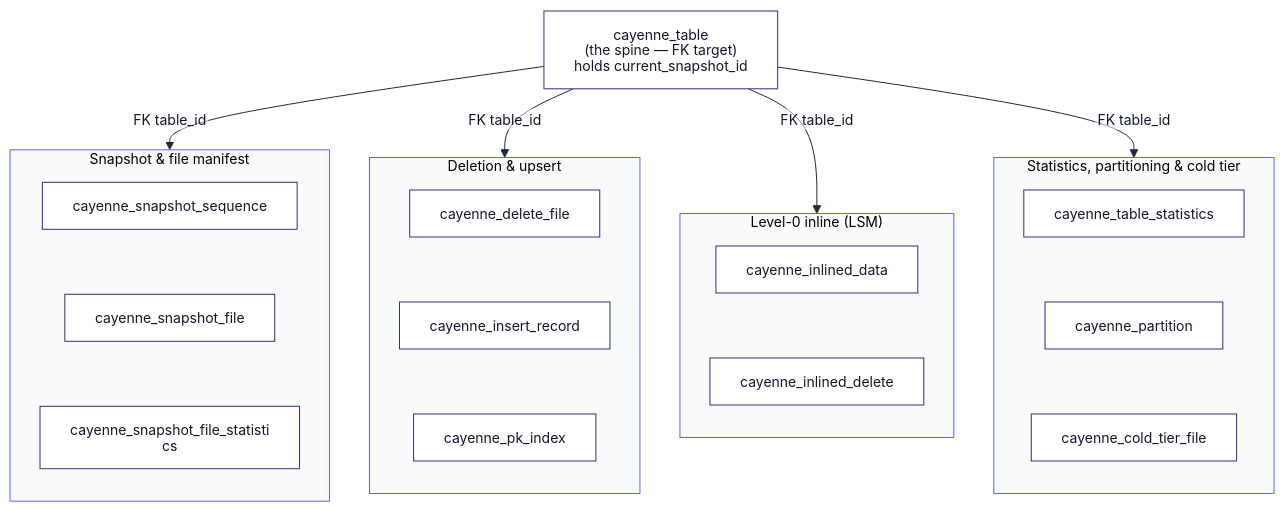
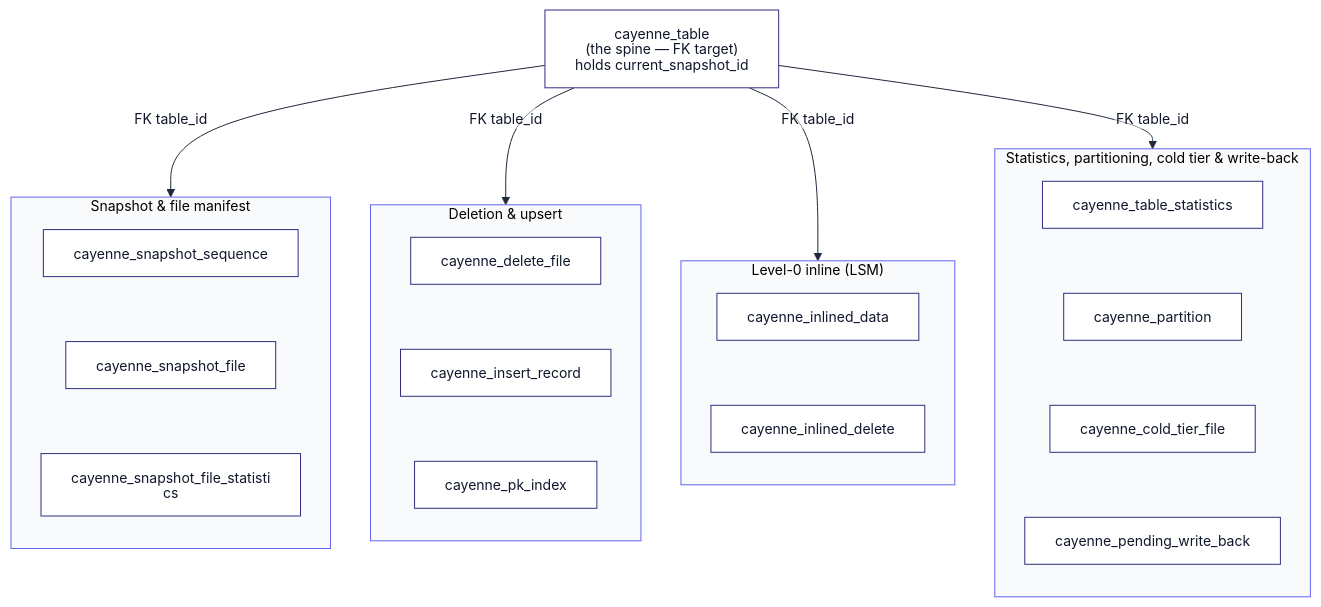
Before and after one commit to spiceai/spiceai: diagram 21 of 21 in docs/cayenne/cayenne.md, drawn with Mermaid. The commit also changed other lines of this file and 12 other files, not shown here.

First line of the commit message:
fix(cayenne): stamp on-conflict per-key OCC sequence + clippy/docs (Copilot review round 2)

````diff
--- a/docs/cayenne/cayenne.md
+++ b/docs/cayenne/cayenne.md
@@ -1135,36 +1153,37 @@
 ```mermaid
 %%{init: {"htmlLabels": false, "flowchart": {"htmlLabels": false, "curve": "basis", "nodeSpacing": 40, "rankSpacing": 40}, "securityLevel": "loose", "theme": "base", "themeVariables": {"fontFamily": "Helvetica, Arial, sans-serif", "fontSize": "14px", "primaryColor": "#ffffff", "primaryBorderColor": "#312e81", "primaryTextColor": "#0f172a", "lineColor": "#1e293b", "clusterBkg": "#f8fafc", "clusterBorder": "#6366f1"}}}%%
 flowchart TB
     HUB["cayenne_table<br/>(the spine — FK target)<br/>holds current_snapshot_id"]
     subgraph SNAP["Snapshot &amp; file manifest"]
         direction TB
         SS["cayenne_snapshot_sequence"]
         SF["cayenne_snapshot_file"]
         SFS["cayenne_snapshot_file_statistics"]
         SS ~~~ SF ~~~ SFS
     end
     subgraph DEL["Deletion &amp; upsert"]
         direction TB
         DF["cayenne_delete_file"]
         IR["cayenne_insert_record"]
         PK["cayenne_pk_index"]
         DF ~~~ IR ~~~ PK
     end
     subgraph L0["Level-0 inline (LSM)"]
         direction TB
         ID["cayenne_inlined_data"]
         IDD["cayenne_inlined_delete"]
         ID ~~~ IDD
     end
-    subgraph MISC["Statistics, partitioning &amp; cold tier"]
+    subgraph MISC["Statistics, partitioning, cold tier &amp; write-back"]
         direction TB
         TS["cayenne_table_statistics"]
         PT["cayenne_partition"]
         CT["cayenne_cold_tier_file"]
-        TS ~~~ PT ~~~ CT
+        WB["cayenne_pending_write_back"]
+        TS ~~~ PT ~~~ CT ~~~ WB
     end
     HUB -->|"FK table_id"| SNAP
     HUB -->|"FK table_id"| DEL
     HUB -->|"FK table_id"| L0
     HUB -->|"FK table_id"| MISC
 ```
````
